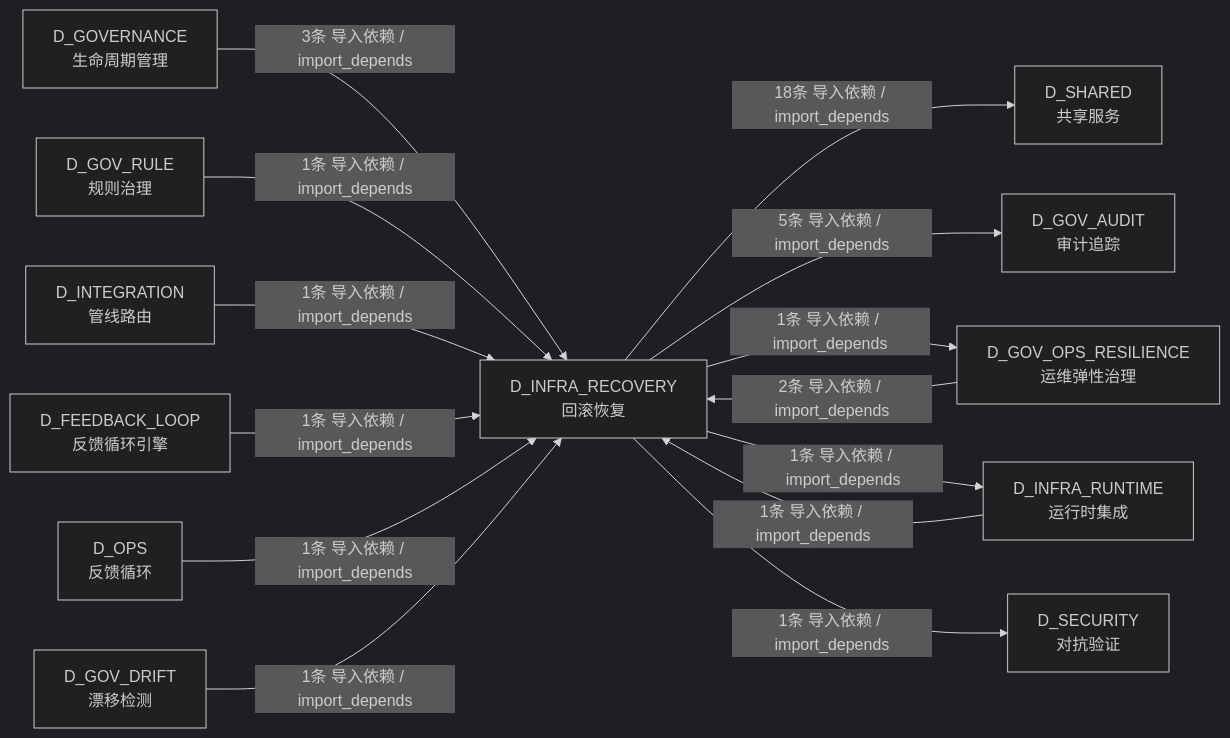
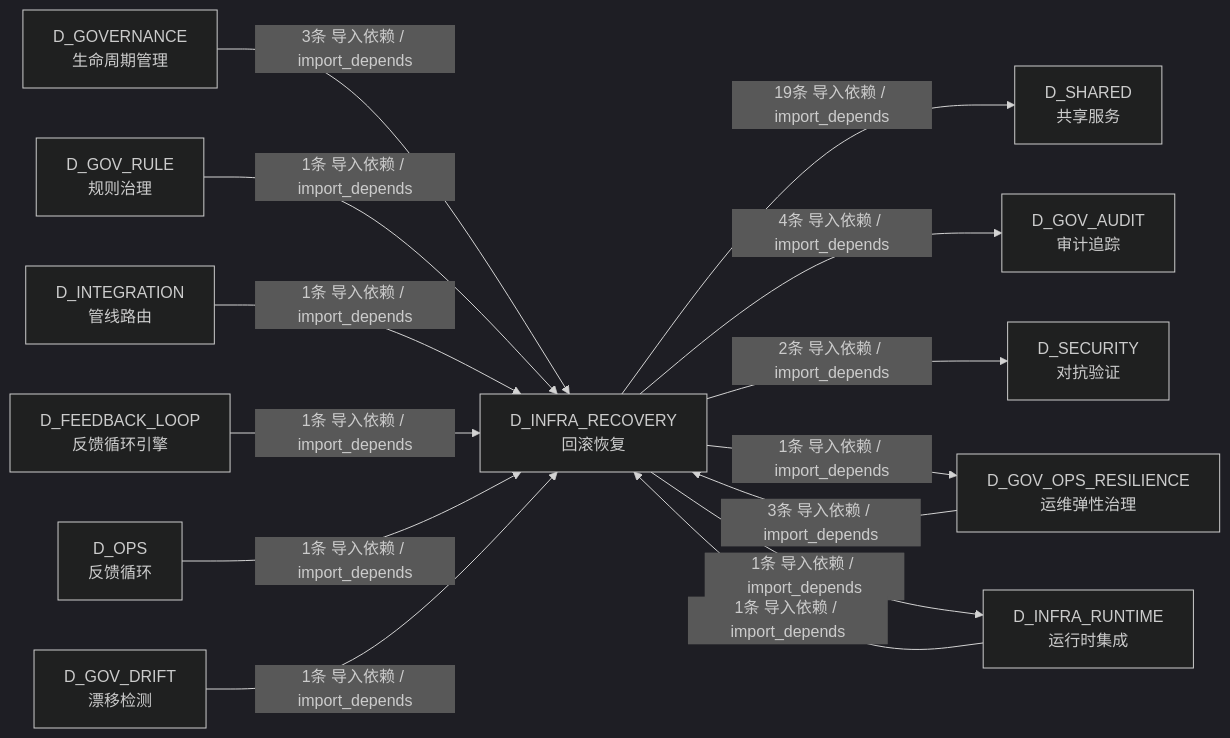
Before and after one commit to xuanFelixVan/ZephyrAlpha: the fourth of 4 diagrams in docs/02_enterprise_architecture/02_domain_architecture_docs/03_d_infra_recovery.md, drawn with Mermaid (dark theme). The commit also changed other lines of this file and 128 other files, not shown here.

````diff
--- a/docs/02_enterprise_architecture/02_domain_architecture_docs/03_d_infra_recovery.md
+++ b/docs/02_enterprise_architecture/02_domain_architecture_docs/03_d_infra_recovery.md
@@ -455,28 +442,28 @@
 ```mermaid
 graph LR
     D_INFRA_RECOVERY["D_INFRA_RECOVERY<br/>回滚恢复"]
     D_SHARED["D_SHARED<br/>共享服务"]
     D_GOV_AUDIT["D_GOV_AUDIT<br/>审计追踪"]
+    D_SECURITY["D_SECURITY<br/>对抗验证"]
     D_GOV_OPS_RESILIENCE["D_GOV_OPS_RESILIENCE<br/>运维弹性治理"]
     D_INFRA_RUNTIME["D_INFRA_RUNTIME<br/>运行时集成"]
-    D_SECURITY["D_SECURITY<br/>对抗验证"]
     D_GOVERNANCE["D_GOVERNANCE<br/>生命周期管理"]
     D_GOV_RULE["D_GOV_RULE<br/>规则治理"]
     D_INTEGRATION["D_INTEGRATION<br/>管线路由"]
     D_FEEDBACK_LOOP["D_FEEDBACK_LOOP<br/>反馈循环引擎"]
     D_OPS["D_OPS<br/>反馈循环"]
     D_GOV_DRIFT["D_GOV_DRIFT<br/>漂移检测"]
-    D_INFRA_RECOVERY -->|18条 导入依赖 / import_depends| D_SHARED
-    D_INFRA_RECOVERY -->|5条 导入依赖 / import_depends| D_GOV_AUDIT
+    D_INFRA_RECOVERY -->|19条 导入依赖 / import_depends| D_SHARED
+    D_INFRA_RECOVERY -->|4条 导入依赖 / import_depends| D_GOV_AUDIT
+    D_INFRA_RECOVERY -->|2条 导入依赖 / import_depends| D_SECURITY
     D_INFRA_RECOVERY -->|1条 导入依赖 / import_depends| D_GOV_OPS_RESILIENCE
     D_INFRA_RECOVERY -->|1条 导入依赖 / import_depends| D_INFRA_RUNTIME
-    D_INFRA_RECOVERY -->|1条 导入依赖 / import_depends| D_SECURITY
     D_GOVERNANCE -->|3条 导入依赖 / import_depends| D_INFRA_RECOVERY
-    D_GOV_OPS_RESILIENCE -->|2条 导入依赖 / import_depends| D_INFRA_RECOVERY
+    D_GOV_OPS_RESILIENCE -->|3条 导入依赖 / import_depends| D_INFRA_RECOVERY
     D_GOV_RULE -->|1条 导入依赖 / import_depends| D_INFRA_RECOVERY
     D_INFRA_RUNTIME -->|1条 导入依赖 / import_depends| D_INFRA_RECOVERY
     D_INTEGRATION -->|1条 导入依赖 / import_depends| D_INFRA_RECOVERY
     D_FEEDBACK_LOOP -->|1条 导入依赖 / import_depends| D_INFRA_RECOVERY
     D_OPS -->|1条 导入依赖 / import_depends| D_INFRA_RECOVERY
     D_GOV_DRIFT -->|1条 导入依赖 / import_depends| D_INFRA_RECOVERY
 ```
````
